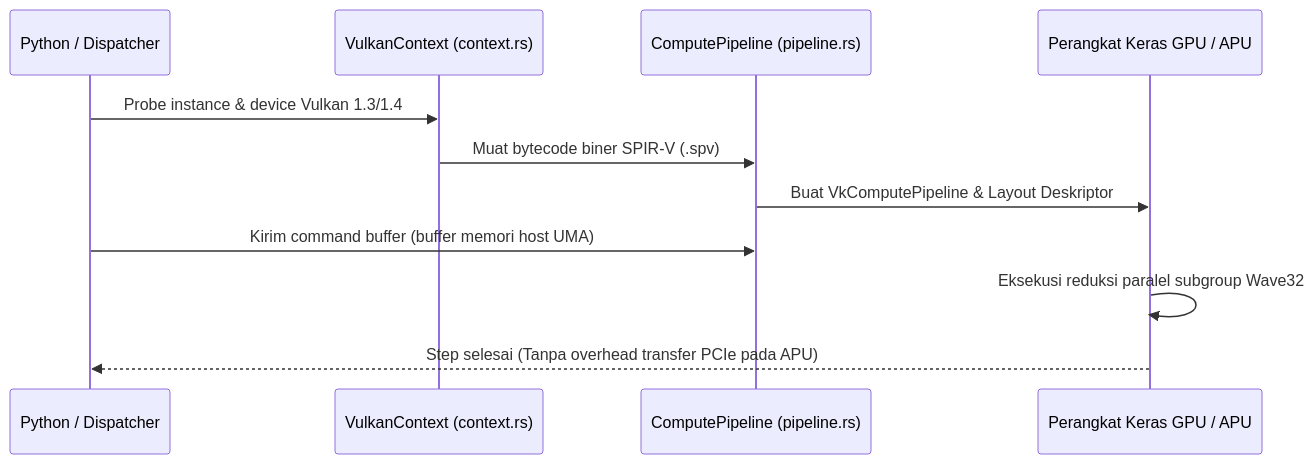
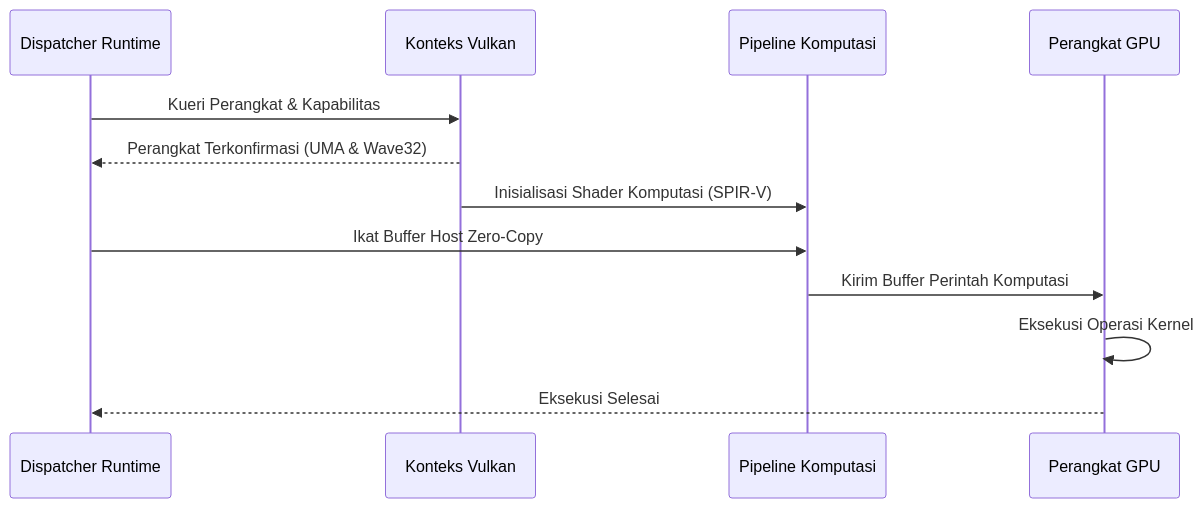
One commit to cloverx-id/luminamoon changed the diagram in docs/optimize/vulkan/README.id.md. Above: the diagram before and after it, drawn with Mermaid. The commit also changed 33 other files, not shown here.

Commit message:
change diagram style

````diff
--- a/docs/optimize/vulkan/README.id.md
+++ b/docs/optimize/vulkan/README.id.md
@@ -13,14 +13,15 @@
 ```mermaid
 sequenceDiagram
-    participant Host as Python / Dispatcher
-    participant Ctx as VulkanContext (context.rs)
-    participant Pipe as ComputePipeline (pipeline.rs)
-    participant Dev as Perangkat Keras GPU / APU
+    participant Dispatcher as Dispatcher Runtime
+    participant Context as Konteks Vulkan
+    participant Pipeline as Pipeline Komputasi
+    participant GPU as Perangkat GPU
 
-    Host->>Ctx: Probe instance & device Vulkan 1.3/1.4
-    Ctx->>Pipe: Muat bytecode biner SPIR-V (.spv)
-    Pipe->>Dev: Buat VkComputePipeline & Layout Deskriptor
-    Host->>Pipe: Kirim command buffer (buffer memori host UMA)
-    Dev->>Dev: Eksekusi reduksi paralel subgroup Wave32
-    Dev-->>Host: Step selesai (Tanpa overhead transfer PCIe pada APU)
+    Dispatcher->>Context: Kueri Perangkat & Kapabilitas
+    Context-->>Dispatcher: Perangkat Terkonfirmasi (UMA & Wave32)
+    Context->>Pipeline: Inisialisasi Shader Komputasi (SPIR-V)
+    Dispatcher->>Pipeline: Ikat Buffer Host Zero-Copy
+    Pipeline->>GPU: Kirim Buffer Perintah Komputasi
+    GPU->>GPU: Eksekusi Operasi Kernel
+    GPU-->>Dispatcher: Eksekusi Selesai
 ```
````
